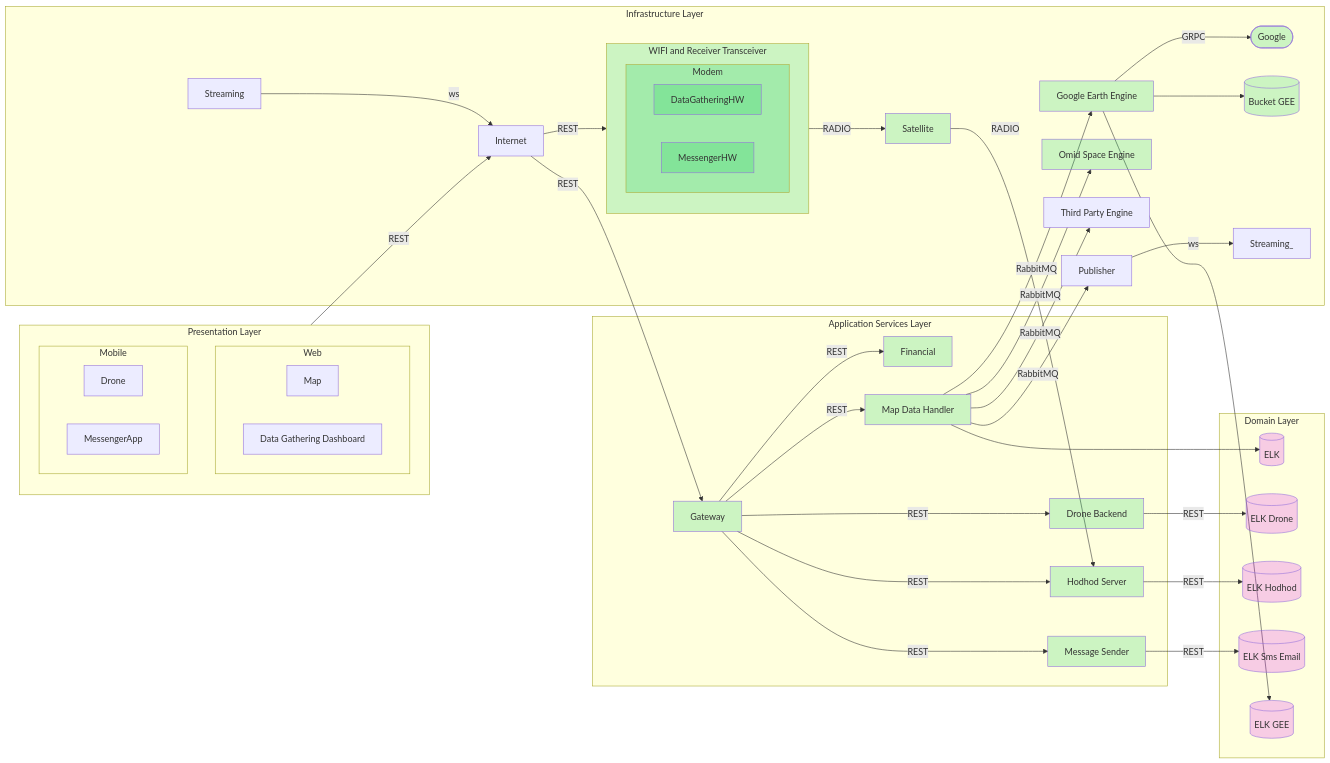
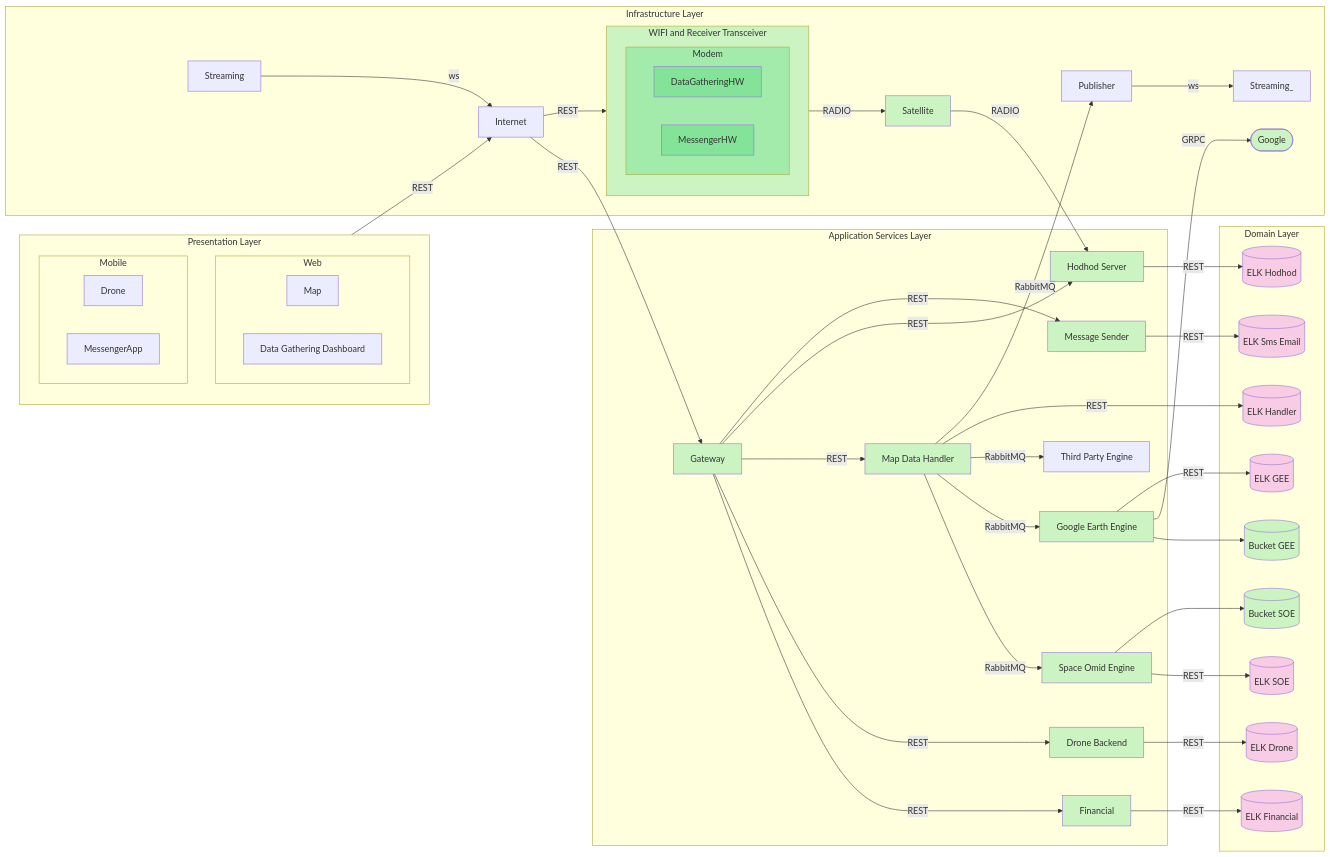
One commit to spaceomid/Documentation changed the second of 2 diagrams in docs/Arch.md. Above: the diagram before and after it, drawn with Mermaid. The commit also changed 4 other files, not shown here.

````diff
--- a/docs/Arch.md
+++ b/docs/Arch.md
@@ -103,22 +103,6 @@
         end
     end
 
-    Presentation_Layer -- REST --> Internet
-    
-    subgraph Application_Services_Layer[Application Services Layer]
-        style Gateway fill:#00c85333
-        style Financial fill:#00c85333
-        style DroneBackend fill:#00c85333
-        style MapDataHandler fill:#00c85333
-        style HodhodServer fill:#00c85333
-        style MessageSender fill:#00c85333
-        Gateway -- REST --> Financial
-        Gateway -- REST --> DroneBackend[Drone Backend]
-        Gateway -- REST --> MapDataHandler[Map Data Handler] 
-        Gateway -- REST --> HodhodServer[Hodhod Server]
-        Gateway -- REST --> MessageSender[Message Sender]   
-    end
-    
     subgraph Domain_Layer[Domain Layer]
         style ELK fill:#d500f933;
         style ELKDrone fill:#d500f933;
@@ -127,11 +111,43 @@
         style ELKGEE fill:#d500f933;
         style ELKHodhod fill:#d500f933;
         style ELKDrone fill:#d500f933;
-        ELK[(ELK)]
+        style ELKFinancial fill:#d500f933;
+        style ELKSOE fill:#d500f933;
+        style BucketGEE fill:#00c85333
+        style BucketSOE fill:#00c85333
+        ELKHodhod[(ELK Hodhod)]
+        BucketGEE[(Bucket GEE)]
+        ELKGEE[(ELK GEE)]
+        BucketSOE[(Bucket SOE)]
+        ELKSOE[(ELK SOE)]
+        ELK[(ELK Handler)]
+        ELKFinancial[(ELK Financial)]
         ELKDrone[(ELK Drone)]
-        ELKHodhod[(ELK Hodhod)]
         ELKSmsEmail[(ELK Sms Email)]
-        ELKGEE[(ELK GEE)]
+    end
+
+    Presentation_Layer -- REST --> Internet
+    
+    subgraph Application_Services_Layer[Application Services Layer]
+        style Gateway fill:#00c85333
+        style OSE fill:#00c85333
+        style Financial fill:#00c85333
+        style DroneBackend fill:#00c85333
+        style MapDataHandler fill:#00c85333
+        style HodhodServer fill:#00c85333
+        style MessageSender fill:#00c85333
+        style GEE fill:#00c85333
+        MapDataHandler --RabbitMQ--> OSE[Space Omid Engine ]
+        MapDataHandler --RabbitMQ--> GEE[Google Earth Engine ]
+        MapDataHandler --RabbitMQ--> TPE[Third Party Engine ]
+        GEE --> BucketGEE[(Bucket GEE)]
+        OSE[Space Omid Engine ] --REST--> ELKSOE[(ELK SOE)]
+        OSE --> BucketSOE[(Bucket SOE)]
+        Gateway -- REST --> Financial
+        Gateway -- REST --> DroneBackend[Drone Backend]
+        Gateway -- REST --> MapDataHandler[Map Data Handler] 
+        Gateway -- REST --> HodhodServer[Hodhod Server]
+        Gateway -- REST --> MessageSender[Message Sender]   
     end
     
     subgraph Infrastructure_Layer[Infrastructure Layer]
@@ -146,26 +162,20 @@
         style DataGatheringHW fill:#00c85333
         style MessengerHW fill:#00c85333
         style Satellite fill:#00c85333
-        style GEE fill:#00c85333
         style Google fill:#00c85333
-        style BucketGEE fill:#00c85333
-        style OSE fill:#00c85333
         WIFI_ReceiverTransceiver -- RADIO --> Satellite
         Satellite -- RADIO --> HodhodServer
         Internet -- REST --> WIFI_ReceiverTransceiver
         Internet -- REST --> Gateway
-        MapDataHandler --> ELK
-        MapDataHandler --RabbitMQ--> OSE[Omid Space Engine ]
-        MapDataHandler --RabbitMQ--> GEE[Google Earth Engine ]
-        MapDataHandler --RabbitMQ--> TPE[Third Party Engine ]
+        MapDataHandler --REST--> ELK[(ELK Handler)]
+        HodhodServer --REST--> ELKHodhod[(ELK Hodhod)]
+        Financial --REST--> ELKFinancial[(ELK Financial)]
         MapDataHandler --RabbitMQ--> Publisher[Publisher]
         Publisher --ws--> Streaming_
         Streaming --ws--> Internet
-        HodhodServer --REST--> ELKHodhod[(ELK Hodhod)]
         MessageSender --REST--> ELKSmsEmail[(ELK Sms Email)]
         DroneBackend --REST--> ELKDrone[(ELK Drone)]
         GEE --GRPC--> Google([Google])
-        GEE --> ELKGEE[(ELK GEE)]
-        GEE --> BucketGEE[(Bucket GEE)]
+        GEE --REST--> ELKGEE[(ELK GEE)]
     end
 ```
````
